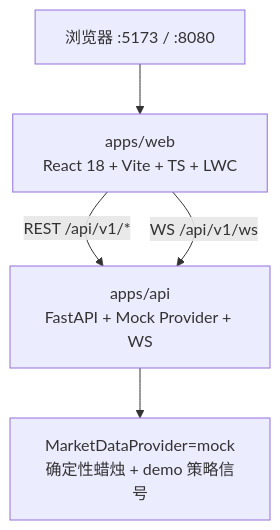
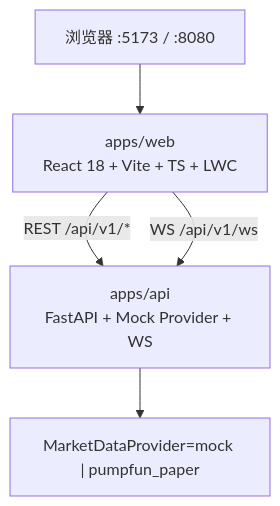
Before and after one commit to Douriff/AUU: the diagram in README.md, drawn with Mermaid. The commit also changed other lines of this file and 28 other files, not shown here.

First line of the commit message:
feat: pumpfun_paper local curve provider (venue=Pump.fun, paper-only)

````diff
--- a/README.md
+++ b/README.md
@@ -7,10 +7,10 @@
 ```mermaid
 flowchart TB
   Browser["浏览器 :5173 / :8080"]
   Web["apps/web<br/>React 18 + Vite + TS + LWC"]
   API["apps/api<br/>FastAPI + Mock Provider + WS"]
   Browser --> Web
   Web -->|"REST /api/v1/*"| API
   Web -->|"WS /api/v1/ws"| API
-  API --> Mock["MarketDataProvider=mock<br/>确定性蜡烛 + demo 策略信号"]
+  API --> Mock["MarketDataProvider=mock | pumpfun_paper"]
 ```
````
